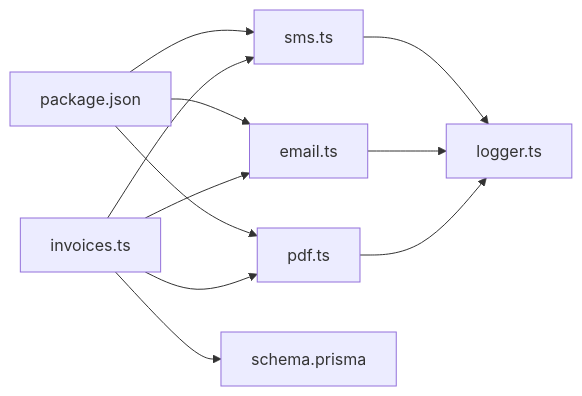
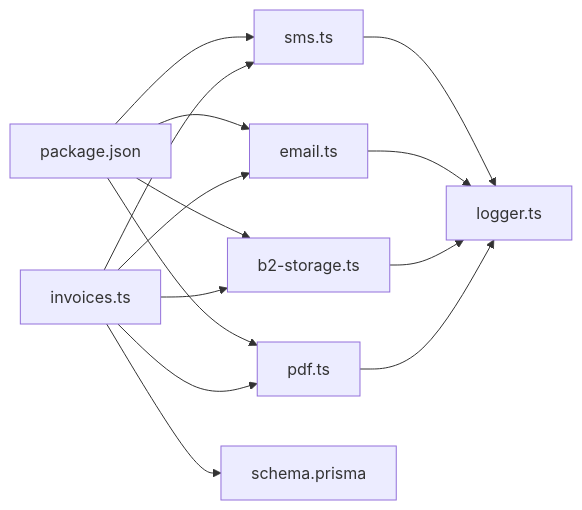
The third of 3 diagrams in .qoder/repowiki/en/content/Document Generation/PDF Invoice Generation.md (Dequeue-Tech/DeQ-Bite), drawn with Mermaid before and after one commit. The commit also changed other lines of this file and 8 other files, not shown here.

````diff
--- a/.qoder/repowiki/en/content/Document Generation/PDF Invoice Generation.md
+++ b/.qoder/repowiki/en/content/Document Generation/PDF Invoice Generation.md
@@ -274,13 +344,16 @@
 ```mermaid
 graph LR
 A["invoices.ts"] --> B["pdf.ts"]
-A --> C["email.ts"]
-A --> D["sms.ts"]
-B --> E["logger.ts"]
-C --> E
-D --> E
-A --> F["schema.prisma"]
-G["package.json"] --> B
-G --> C
-G --> D
+A --> C["b2-storage.ts"]
+A --> D["email.ts"]
+A --> E["sms.ts"]
+B --> F["logger.ts"]
+C --> F
+D --> F
+E --> F
+A --> G["schema.prisma"]
+H["package.json"] --> B
+H --> C
+H --> D
+H --> E
 ```
````
